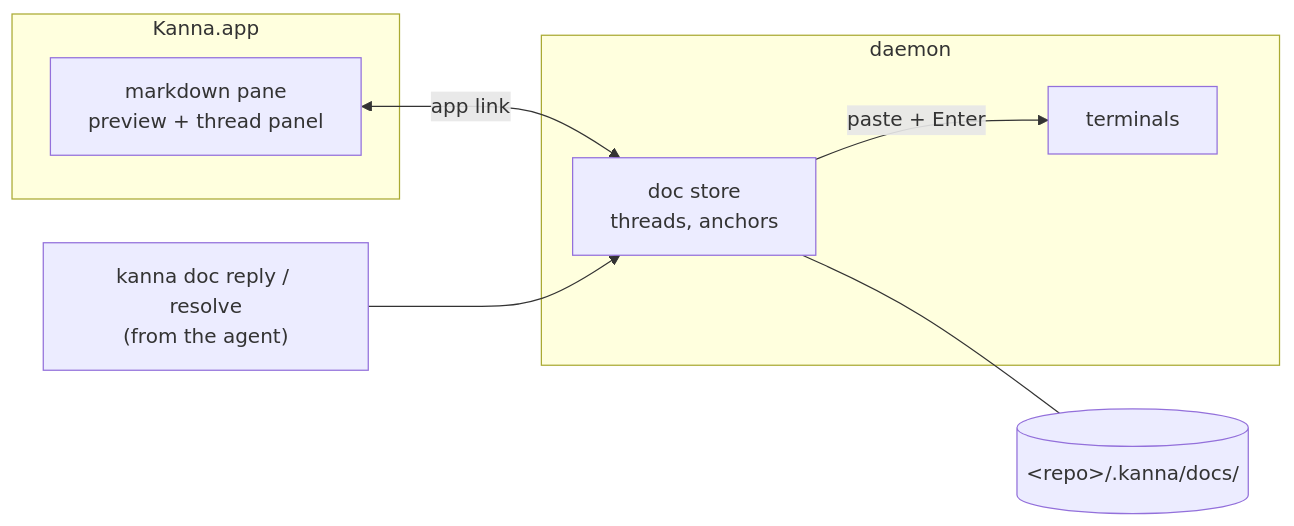
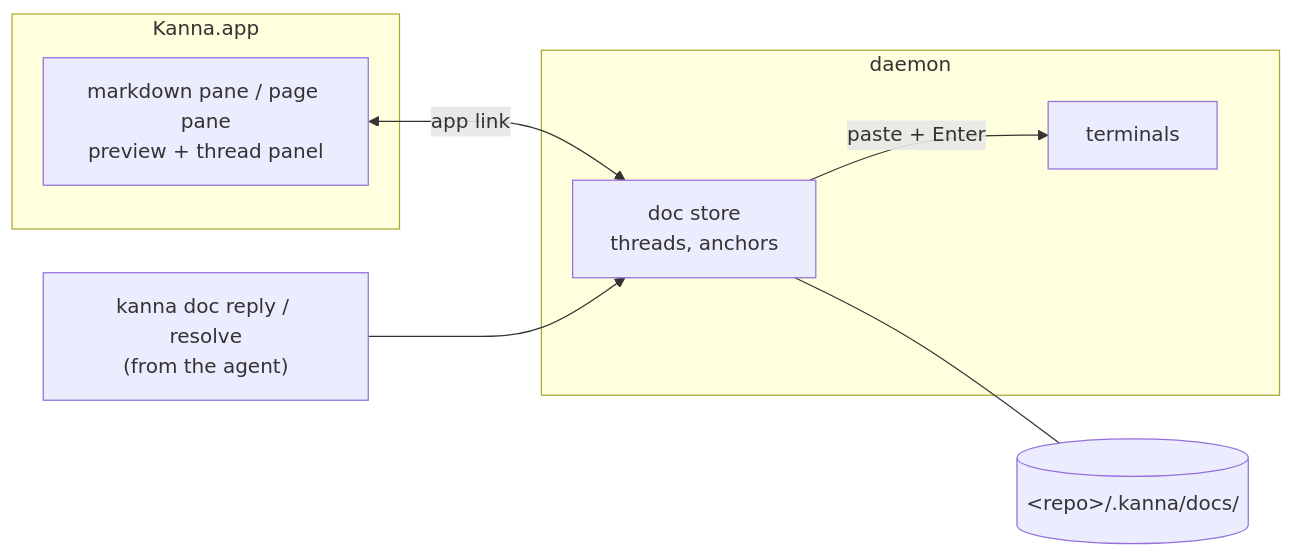
The third of 3 diagrams in docs/specs/doc-markup.md (jemdiggity/kanna-v4), drawn with Mermaid before and after one commit. The commit also changed other lines of this file and 5 other files, not shown here.

````diff
--- a/docs/specs/doc-markup.md
+++ b/docs/specs/doc-markup.md
@@ -115,15 +126,15 @@
 ```mermaid
 flowchart LR
     subgraph app["Kanna.app"]
-        V["markdown pane<br/>preview + thread panel"]
+        V["markdown pane / page pane<br/>preview + thread panel"]
     end
     subgraph daemon["daemon"]
         S["doc store<br/>threads, anchors"]
         T["terminals"]
     end
     CLI["kanna doc reply / resolve<br/>(from the agent)"]
     V <-->|app link| S
     S -->|"paste + Enter"| T
     CLI --> S
     S --- F[("&lt;repo&gt;/.kanna/docs/")]
 ```
````
